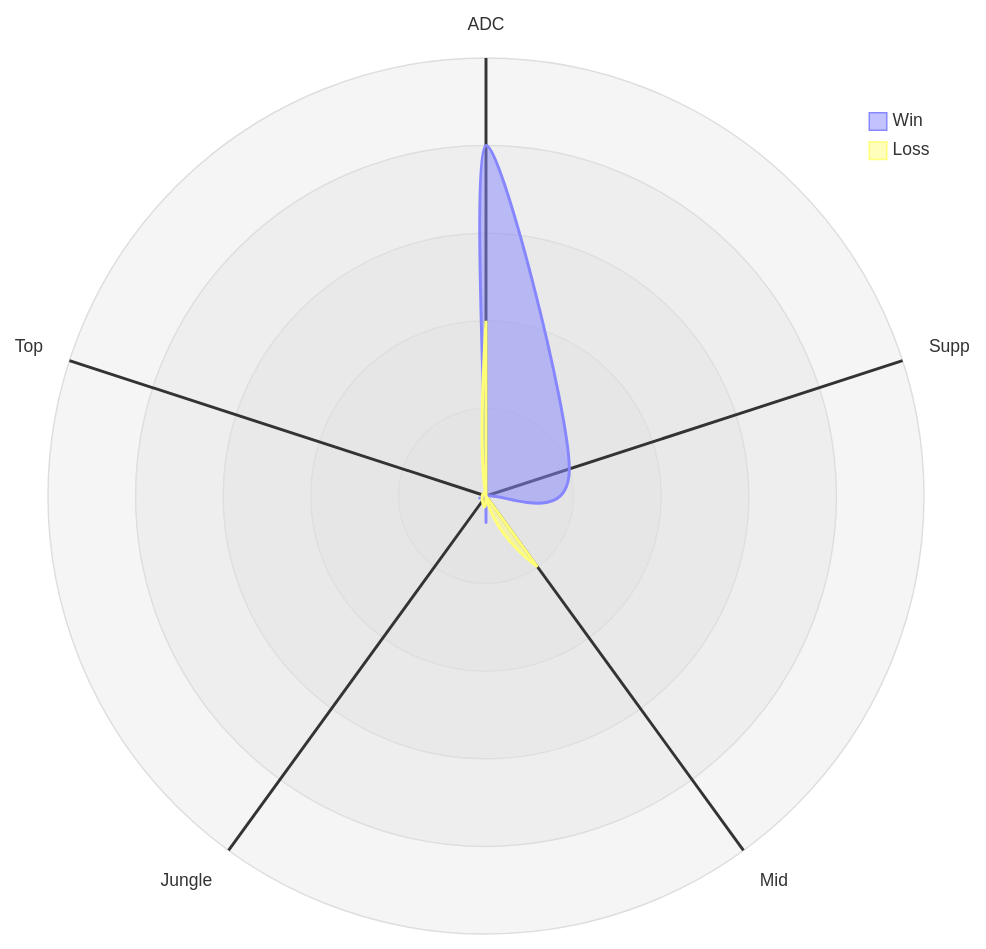
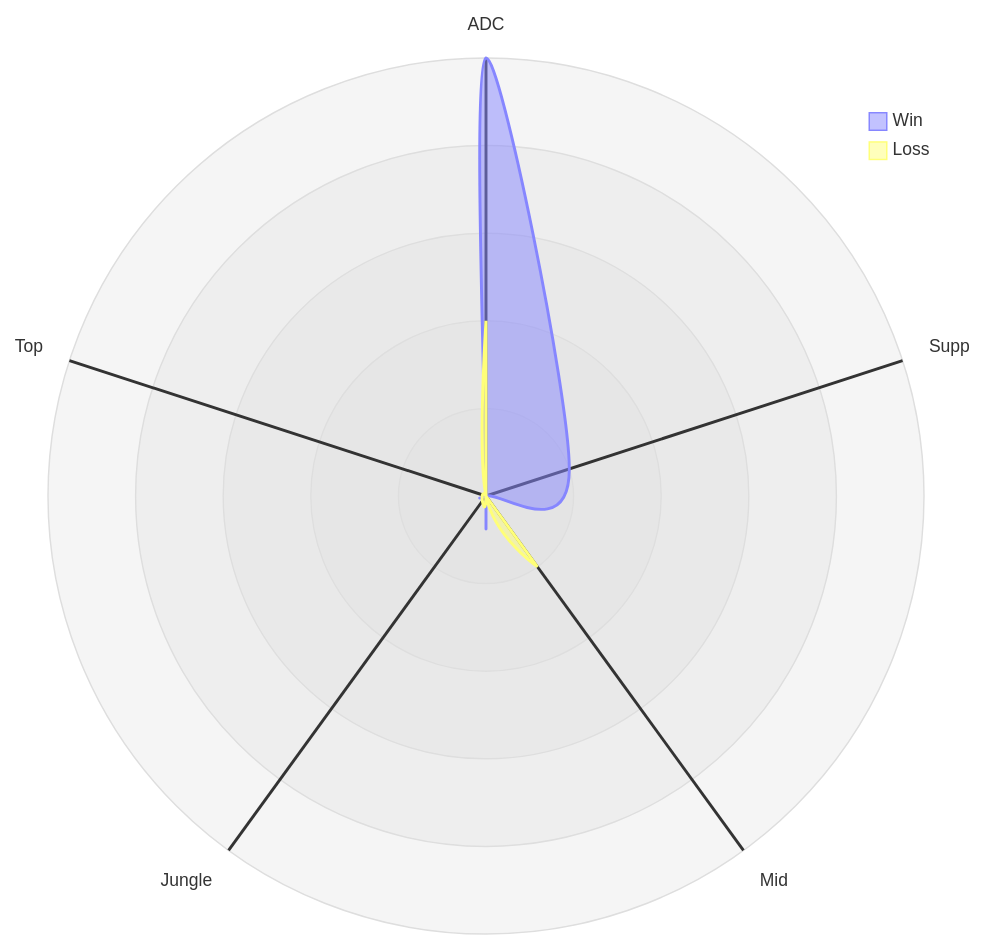
The third of 4 diagrams in docs/gaming/wild-rift.md (flowinho/zensical-website), drawn with Mermaid before and after one commit. The commit also changed other lines of this file, not shown here.

````diff
--- a/docs/gaming/wild-rift.md
+++ b/docs/gaming/wild-rift.md
@@ -43,9 +43,9 @@
 ```mermaid
 radar-beta
   axis a["ADC"], s["Supp"], m["Mid"], j["Jungle"], t["Top"]
-  curve w["Win"]{4, 1, 0, 0, 0}
+  curve w["Win"]{5, 1, 0, 0, 0}
   curve l["Loss"]{2, 0, 1, 0, 0}
 
   max 5
   min 0
 ```
````
